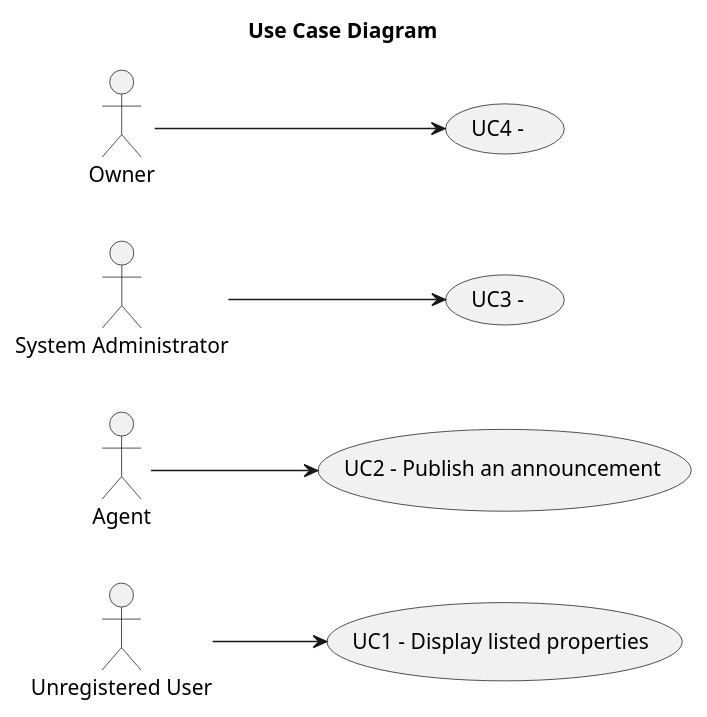
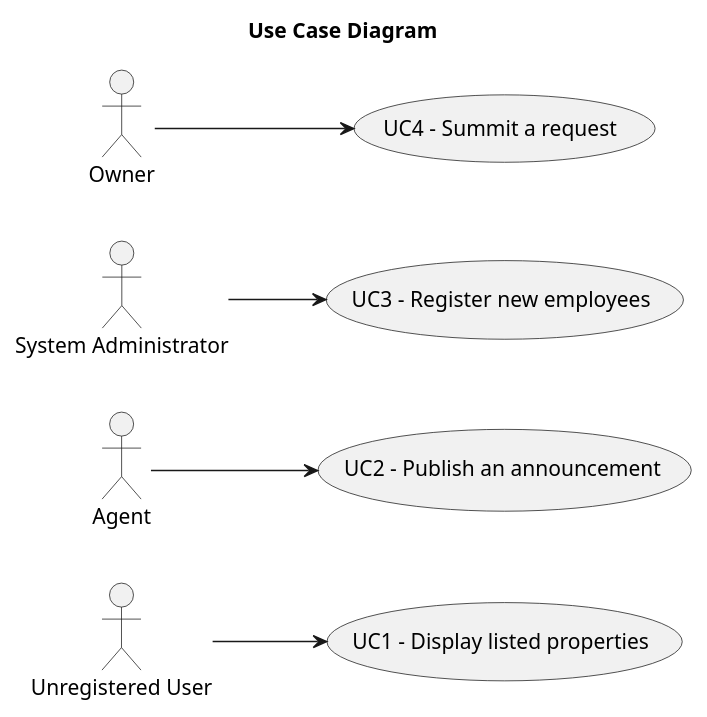
Before and after one commit to rita-barbosa/LAPR2-2223: the diagram in docs/sprintA/global-artifacts/01.requirements-engineering/puml/use-case-diagram.puml, drawn with PlantUML. The commit also changed 7 other files, not shown here.

```diff
--- a/docs/sprintA/global-artifacts/01.requirements-engineering/puml/use-case-diagram.puml
+++ b/docs/sprintA/global-artifacts/01.requirements-engineering/puml/use-case-diagram.puml
@@ -1,23 +1,23 @@
 @startuml
 'skinparam monochrome true
 skinparam packageStyle rectangle
 'skinparam shadowing false
 
 skinparam rectangle{
     BorderColor yellow
 }
 
 title Use Case Diagram
 
 left to right direction
 
     usecase "UC1 - Display listed properties" as UC1
         "Unregistered User" --> UC1
     usecase "UC2 - Publish an announcement" as UC2
         "Agent" --> UC2
-    usecase "UC3 - " as UC3
+    usecase "UC3 - Register new employees" as UC3
         "System Administrator" --> UC3
-     usecase "UC4 - " as UC4
+     usecase "UC4 - Summit a request" as UC4
          "Owner" --> UC4
 
 @enduml
```
